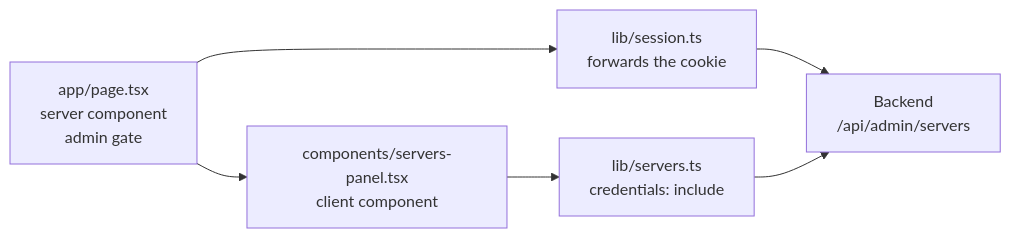
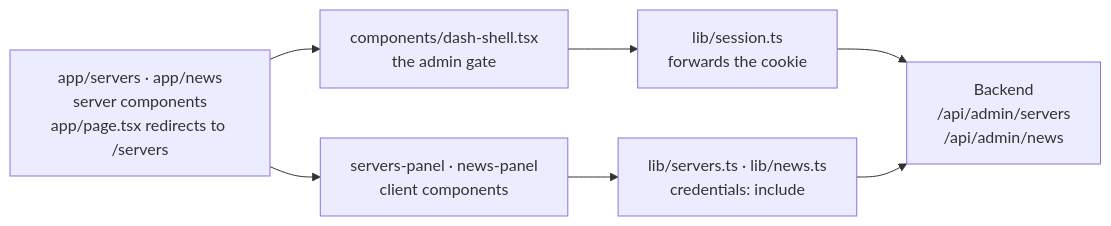
Before and after one commit to flickedgg/FLICKED: the ninth of 9 diagrams in docs/ARCHITECTURE.md, drawn with Mermaid. The commit also changed other lines of this file and 2 other files, not shown here.

Commit message:
docs: Added news endpoins.
Added the news endpoints in docs.

````diff
--- a/docs/ARCHITECTURE.md
+++ b/docs/ARCHITECTURE.md
@@ -378,11 +383,12 @@
 ```mermaid
 graph LR
-    page["app/page.tsx<br/>server component<br/>admin gate"]
+    routes["app/servers · app/news<br/>server components<br/>app/page.tsx redirects to /servers"]
+    shell["components/dash-shell.tsx<br/>the admin gate"]
     session["lib/session.ts<br/>forwards the cookie"]
-    panel["components/servers-panel.tsx<br/>client component"]
-    servers["lib/servers.ts<br/>credentials: include"]
-    backend["Backend<br/>/api/admin/servers"]
+    panels["servers-panel · news-panel<br/>client components"]
+    libs["lib/servers.ts · lib/news.ts<br/>credentials: include"]
+    backend["Backend<br/>/api/admin/servers<br/>/api/admin/news"]
 
-    page --> session --> backend
-    page --> panel --> servers --> backend
+    routes --> shell --> session --> backend
+    routes --> panels --> libs --> backend
 ```
````
